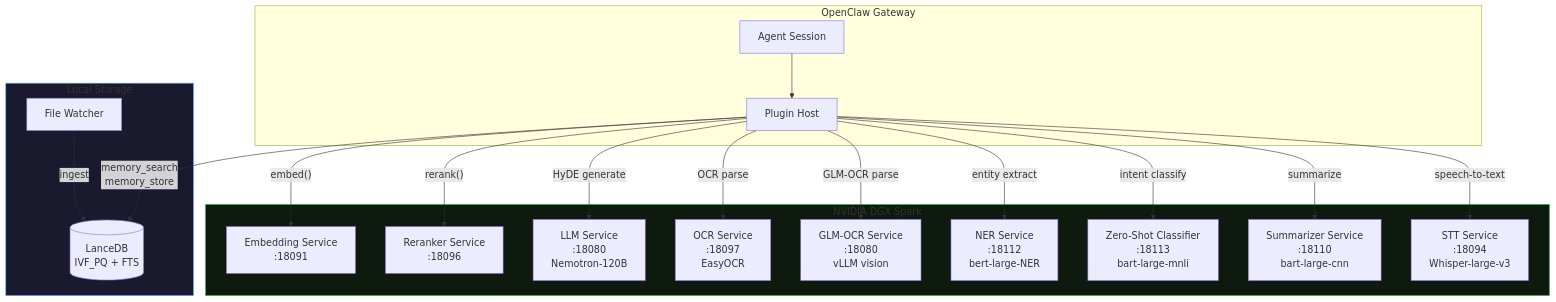
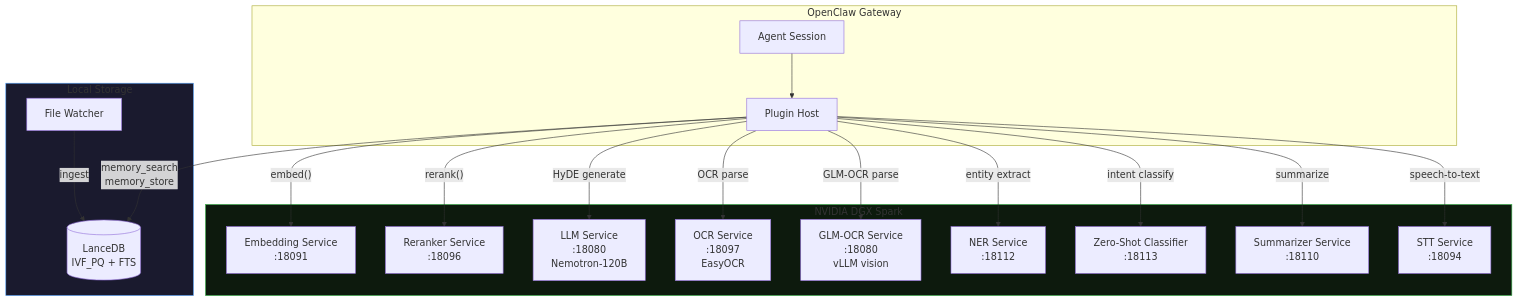
The fourth of 5 diagrams in README.md (kleinpanic/memory-spark), drawn with Mermaid before and after one commit. The commit also changed other lines of this file and 3 other files, not shown here.

Commit message:
docs: reconcile README/config/architecture with current runtime

````diff
--- a/README.md
+++ b/README.md
@@ -252,40 +252,40 @@
 ```mermaid
 graph TB
     subgraph OPENCLAW["OpenClaw Gateway"]
         A[Agent Session]
         B[Plugin Host]
     end
     
     subgraph SPARK["NVIDIA DGX Spark"]
         C[Embedding Service<br/>:18091]
         D[Reranker Service<br/>:18096]
         E[LLM Service<br/>:18080<br/>Nemotron-120B]
         F[OCR Service<br/>:18097<br/>EasyOCR]
         G[GLM-OCR Service<br/>:18080<br/>vLLM vision]
-        H[NER Service<br/>:18112<br/>bert-large-NER]
-        I[Zero-Shot Classifier<br/>:18113<br/>bart-large-mnli]
-        J[Summarizer Service<br/>:18110<br/>bart-large-cnn]
-        K[STT Service<br/>:18094<br/>Whisper-large-v3]
+        H[NER Service<br/>:18112]
+        I[Zero-Shot Classifier<br/>:18113]
+        J[Summarizer Service<br/>:18110]
+        K[STT Service<br/>:18094]
     end
     
     subgraph STORAGE["Local Storage"]
         L[(LanceDB<br/>IVF_PQ + FTS)]
         M[File Watcher]
     end
     
     A --> B
     B -->|"memory_search<br/>memory_store"| L
     B -->|"embed()"| C
     B -->|"rerank()"| D
     B -->|"HyDE generate"| E
     B -->|"OCR parse"| F
     B -->|"GLM-OCR parse"| G
     B -->|"entity extract"| H
     B -->|"intent classify"| I
     B -->|"summarize"| J
     B -->|"speech-to-text"| K
     M -->|"ingest"| L
     
     style SPARK fill:#0d1a0d,stroke:#3fb950
     style STORAGE fill:#1a1a2e,stroke:#58a6ff
 ```
````
